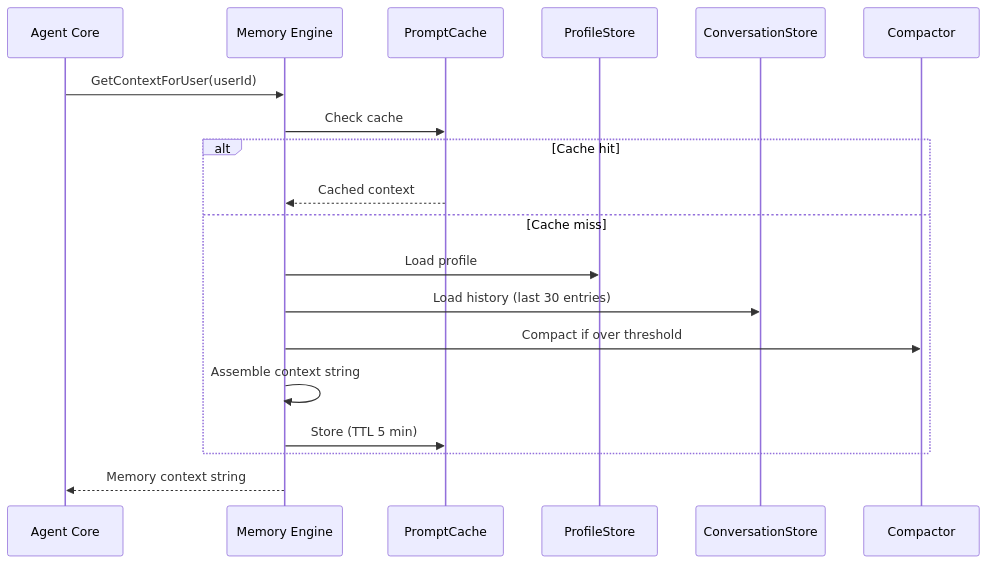
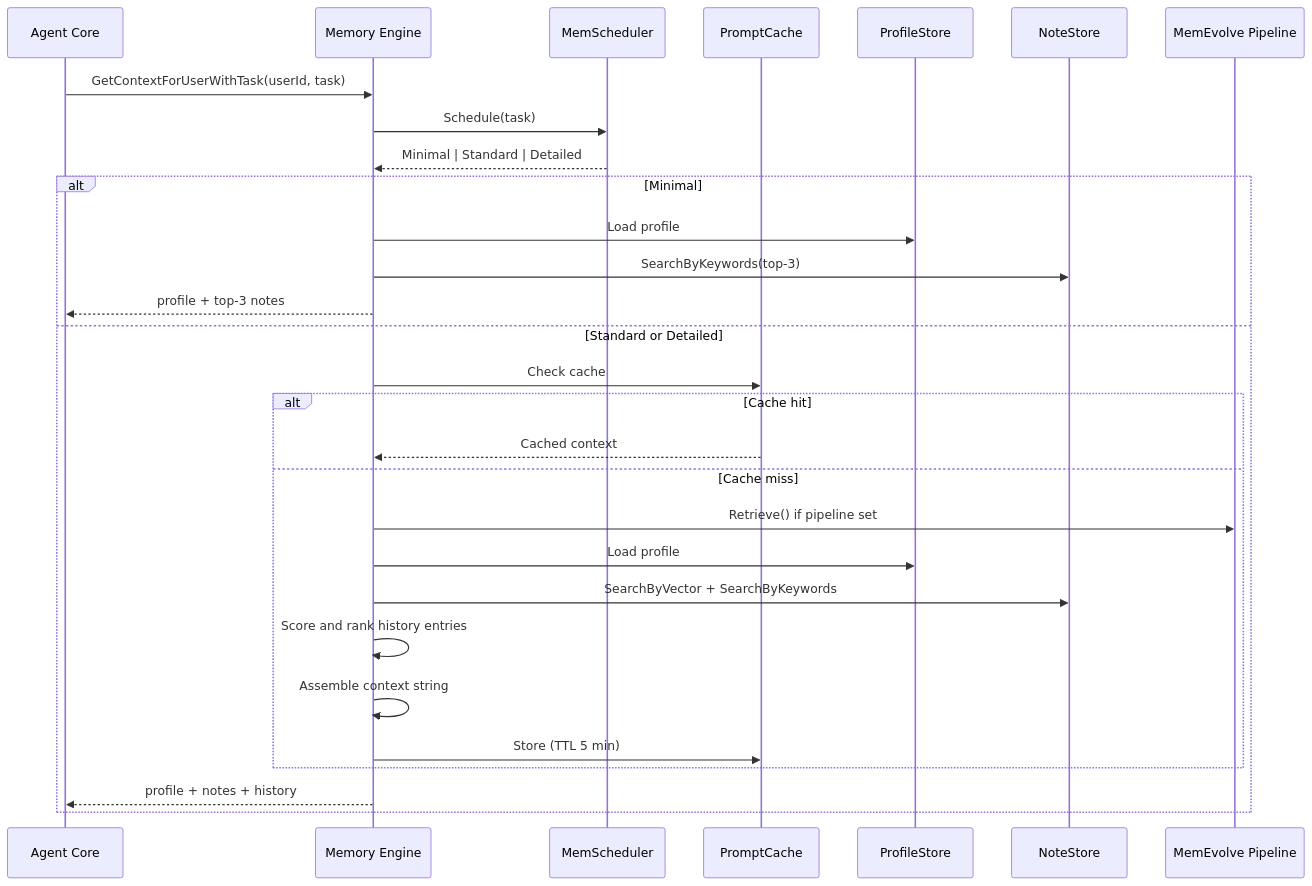
Before and after one commit to MarcoMruz/agentloop-docs: the second of 2 diagrams in src/content/docs/architecture/memory-system.mdx, drawn with Mermaid. The commit also changed other lines of this file and 5 other files, not shown here.

````diff
--- a/src/content/docs/architecture/memory-system.mdx
+++ b/src/content/docs/architecture/memory-system.mdx
@@ -31,22 +38,33 @@
 ```mermaid
 sequenceDiagram
     participant AC as Agent Core
     participant ME as Memory Engine
+    participant Sched as MemScheduler
     participant Cache as PromptCache
     participant PS as ProfileStore
-    participant CS as ConversationStore
-    participant Comp as Compactor
+    participant NS as NoteStore
+    participant PL as MemEvolve Pipeline
 
-    AC->>ME: GetContextForUser(userId)
-    ME->>Cache: Check cache
-    alt Cache hit
-        Cache-->>ME: Cached context
-    else Cache miss
+    AC->>ME: GetContextForUserWithTask(userId, task)
+    ME->>Sched: Schedule(task)
+    Sched-->>ME: Minimal | Standard | Detailed
+
+    alt Minimal
         ME->>PS: Load profile
-        ME->>CS: Load history (last 30 entries)
-        ME->>Comp: Compact if over threshold
-        ME->>ME: Assemble context string
-        ME->>Cache: Store (TTL 5 min)
+        ME->>NS: SearchByKeywords(top-3)
+        ME-->>AC: profile + top-3 notes
+    else Standard or Detailed
+        ME->>Cache: Check cache
+        alt Cache hit
+            Cache-->>ME: Cached context
+        else Cache miss
+            ME->>PL: Retrieve() if pipeline set
+            ME->>PS: Load profile
+            ME->>NS: SearchByVector + SearchByKeywords
+            ME->>ME: Score and rank history entries
+            ME->>ME: Assemble context string
+            ME->>Cache: Store (TTL 5 min)
+        end
+        ME-->>AC: profile + notes + history
     end
-    ME-->>AC: Memory context string
 ```
````
